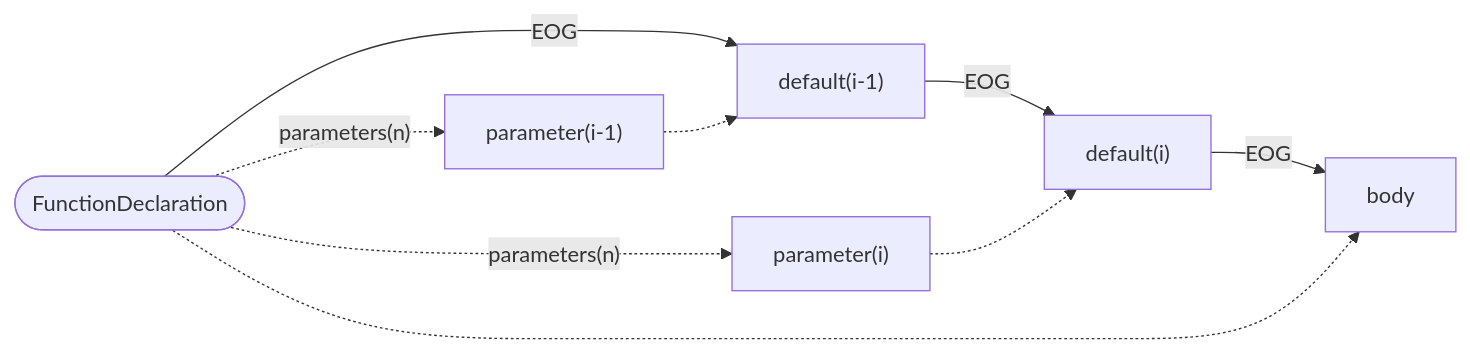
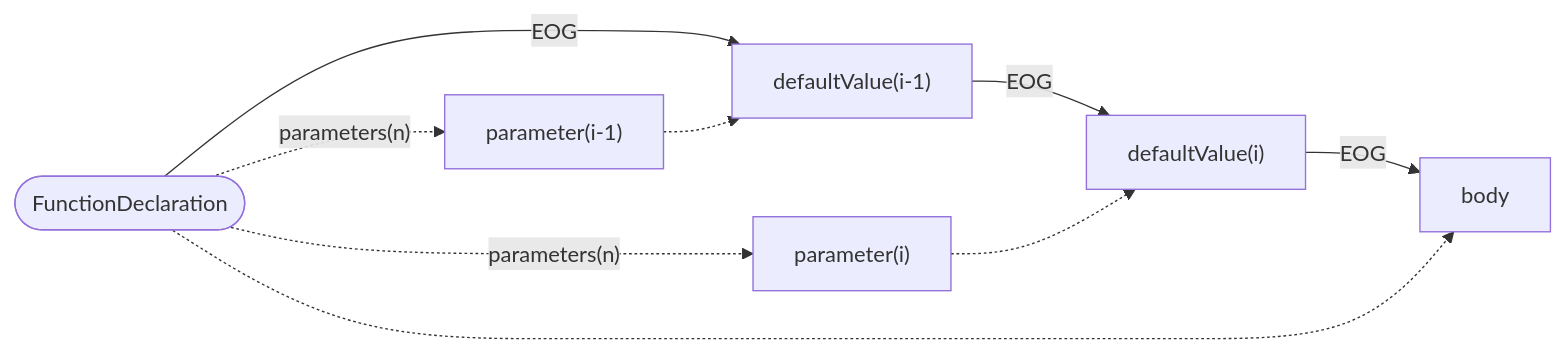
Before and after one commit to Fraunhofer-AISEC/cpg: the second of 36 diagrams in cpg-core/specifications/eog.md, drawn with Mermaid. The commit also changed other lines of this file, not shown here.

````diff
--- a/cpg-core/specifications/eog.md
+++ b/cpg-core/specifications/eog.md
@@ -40,11 +45,11 @@
 ```mermaid
 flowchart LR
   classDef outer fill:#fff,stroke:#ddd,stroke-dasharray:5 5;
-  parent(["FunctionDeclaration"]) --EOG-->child1["default(i-1)"]
-  child1 --EOG-->child2["default(i)"]
+  parent(["FunctionDeclaration"]) --EOG-->child1["defaultValue(i-1)"]
+  child1 --EOG-->child2["defaultValue(i)"]
   child2  --EOG--> body
   parent -.-> body
   parent -."parameters(n)".->child3["parameter(i-1)"] -.->child1 
   parent -."parameters(n)".->child4["parameter(i)"] -.->child2
   
 ```
````
